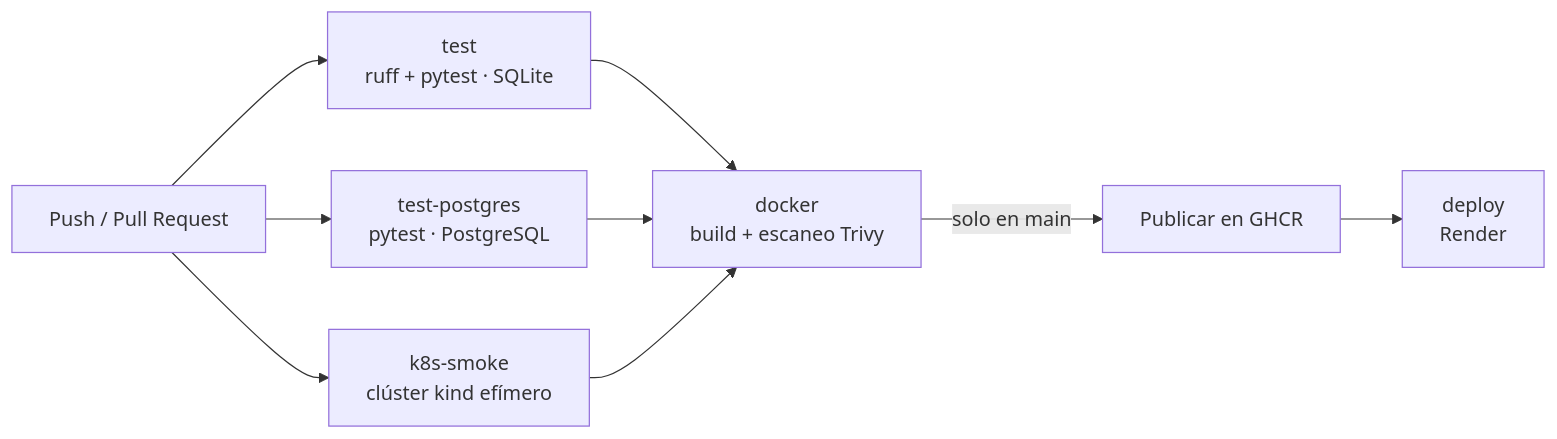
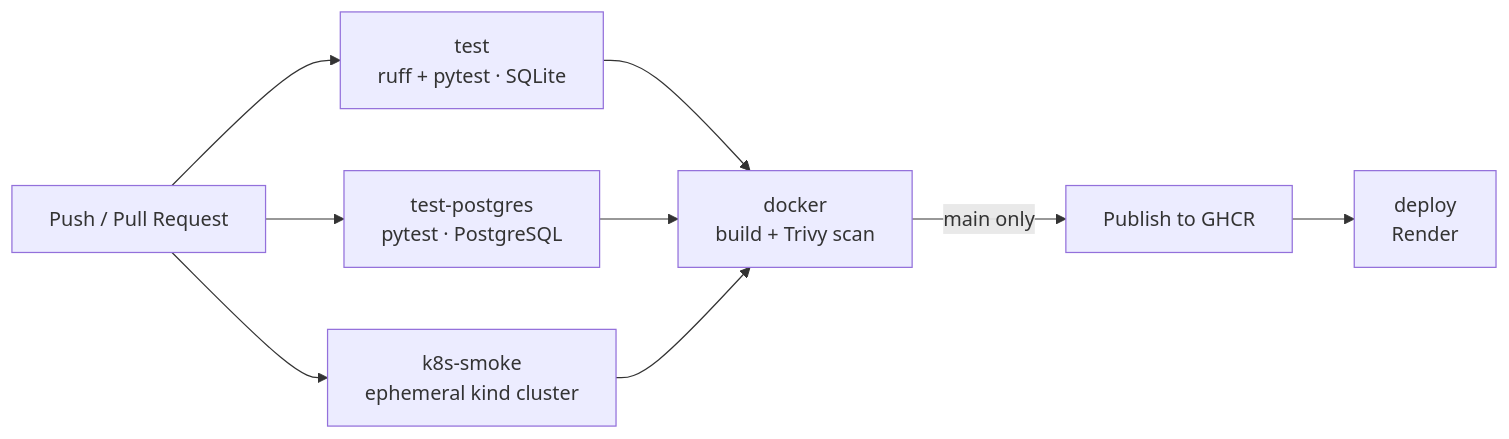
Before and after one commit to carlos-vi/tasks-api-cicd: the diagram in README.md, drawn with Mermaid. The commit also changed other lines of this file and 14 other files, not shown here.

````diff
--- a/README.md
+++ b/README.md
@@ -24,11 +24,11 @@
 ```mermaid
 flowchart LR
     A[Push / Pull Request] --> T[test<br/>ruff + pytest · SQLite]
     A --> P[test-postgres<br/>pytest · PostgreSQL]
-    A --> K[k8s-smoke<br/>clúster kind efímero]
+    A --> K[k8s-smoke<br/>ephemeral kind cluster]
     T --> D
     P --> D
     K --> D
-    D[docker<br/>build + escaneo Trivy] -->|solo en main| G[Publicar en GHCR]
+    D[docker<br/>build + Trivy scan] -->|main only| G[Publish to GHCR]
     G --> R[deploy<br/>Render]
 ```
````
